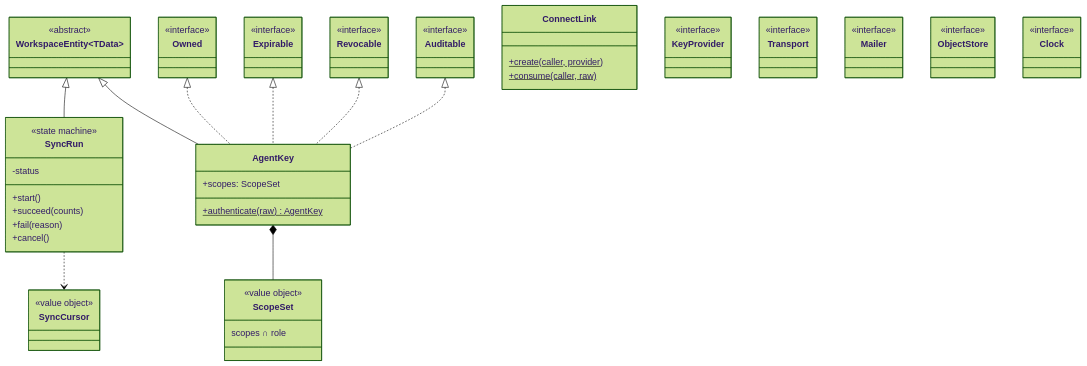
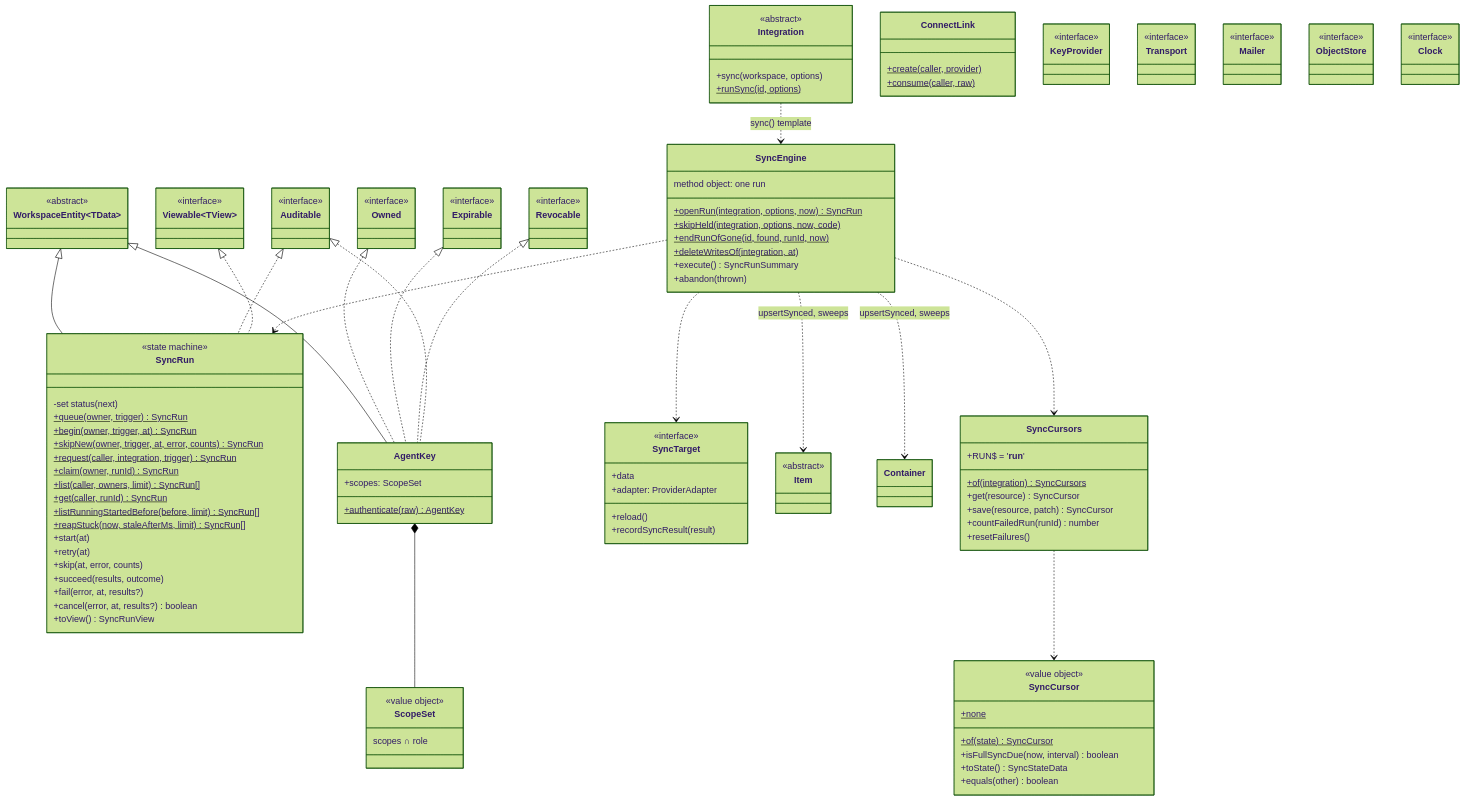
The seventh of 7 diagrams in docs/design/CLASSES.md (shalev396/ToDoList), drawn with Mermaid (forest theme) before and after one commit. The commit also changed other lines of this file, not shown here.

Commit message:
docs: CLASSES.md marks phase 5 built

```diff
--- a/docs/design/CLASSES.md
+++ b/docs/design/CLASSES.md
@@ -1671,17 +1697,81 @@
   }
   class SyncRun {
     <<state machine>>
-    -status
-    +start()
-    +succeed(counts)
-    +fail(reason)
-    +cancel()
+    -set status(next)
+    +queue(owner, trigger)$ SyncRun
+    +begin(owner, trigger, at)$ SyncRun
+    +skipNew(owner, trigger, at, error, counts)$ SyncRun
+    +request(caller, integration, trigger)$ SyncRun
+    +claim(owner, runId)$ SyncRun
+    +list(caller, owners, limit)$ SyncRun[]
+    +get(caller, runId)$ SyncRun
+    +listRunningStartedBefore(before, limit)$ SyncRun[]
+    +reapStuck(now, staleAfterMs, limit)$ SyncRun[]
+    +start(at)
+    +retry(at)
+    +skip(at, error, counts)
+    +succeed(results, outcome)
+    +fail(error, at, results?)
+    +cancel(error, at, results?) boolean
+    +toView() SyncRunView
   }
   WorkspaceEntity <|-- SyncRun
+  class Auditable {
+    <<interface>>
+  }
+  class Viewable~TView~ {
+    <<interface>>
+  }
+  Auditable <|.. SyncRun
+  Viewable <|.. SyncRun
   class SyncCursor {
     <<value object>>
+    +none$
+    +of(state)$ SyncCursor
+    +isFullSyncDue(now, interval) boolean
+    +toState() SyncStateData
+    +equals(other) boolean
   }
-  SyncRun ..> SyncCursor
+  class SyncCursors {
+    +RUN$ = '__run__'
+    +of(integration)$ SyncCursors
+    +get(resource) SyncCursor
+    +save(resource, patch) SyncCursor
+    +countFailedRun(runId) number
+    +resetFailures()
+  }
+  SyncCursors ..> SyncCursor
+  class SyncEngine {
+    method object: one run
+    +openRun(integration, options, now)$ SyncRun
+    +skipHeld(integration, options, now, code)$
+    +endRunOfGone(id, found, runId, now)$
+    +deleteWritesOf(integration, at)$
+    +execute() SyncRunSummary
+    +abandon(thrown)
+  }
+  class SyncTarget {
+    <<interface>>
+    +data
+    +adapter: ProviderAdapter
+    +reload()
+    +recordSyncResult(result)
+  }
+  class Integration {
+    <<abstract>>
+    +sync(workspace, options)
+    +runSync(id, options)$
+  }
+  Integration ..> SyncEngine : sync() template
+  SyncEngine ..> SyncTarget
+  SyncEngine ..> SyncRun
+  SyncEngine ..> SyncCursors
+  SyncEngine ..> Item : upsertSynced, sweeps
+  SyncEngine ..> Container : upsertSynced, sweeps
+  class Item {
+    <<abstract>>
+  }
+  class Container
   class AgentKey {
     +authenticate(raw)$ AgentKey
     +scopes: ScopeSet
@@ -1735,8 +1825,15 @@
   class Expirable:::built
   class Revocable:::built
   class Auditable:::built
-  class SyncRun:::planned
-  class SyncCursor:::planned
+  class Viewable:::built
+  class SyncRun:::built
+  class SyncCursor:::built
+  class SyncCursors:::built
+  class SyncEngine:::built
+  class SyncTarget:::built
+  class Integration:::built
+  class Item:::built
+  class Container:::built
   class AgentKey:::planned
   class ScopeSet:::planned
   class ConnectLink:::planned
```
